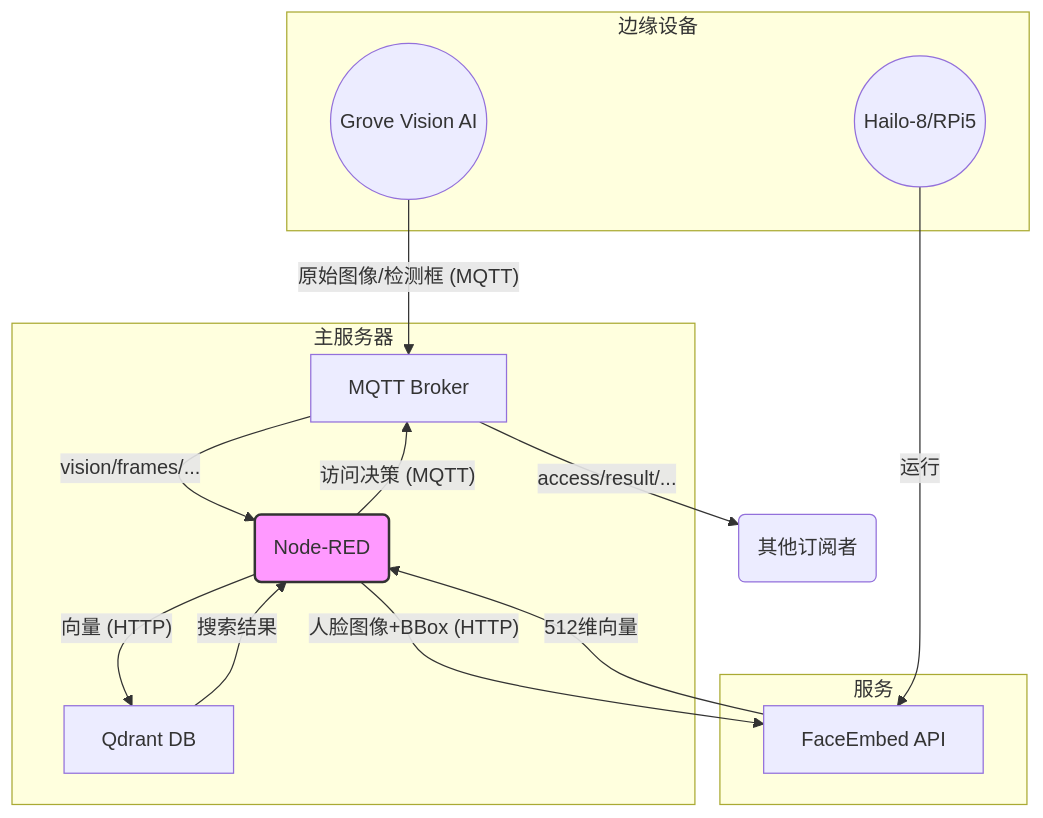
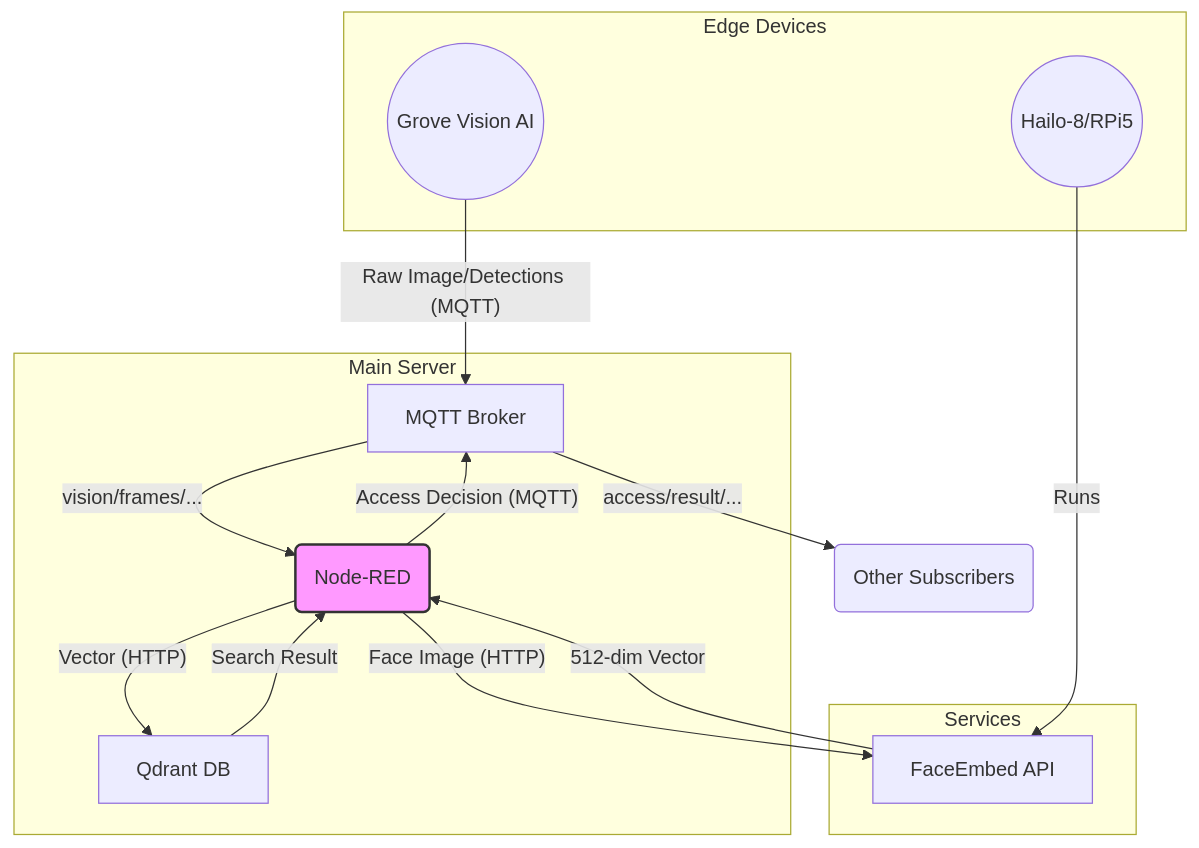
One commit to Seeed-Solution/AI_Presence_Control changed the diagram in docs/DATA_FLOW.md. Above: the diagram before and after it, drawn with Mermaid. The commit also changed other lines of this file and 13 other files, not shown here.

First line of the commit message:
Refactor documentation and scripts for Face Recognition Access Control System

````diff
--- a/docs/DATA_FLOW.md
+++ b/docs/DATA_FLOW.md
@@ -33,30 +33,30 @@
 ```mermaid
 graph TD
-    subgraph 主服务器
+    subgraph Main Server
         A[MQTT Broker]
         B(Node-RED)
         C[Qdrant DB]
     end
 
-    subgraph 边缘设备
+    subgraph Edge Devices
         G((Grove Vision AI))
         H((Hailo-8/RPi5))
     end
 
-    subgraph 服务
+    subgraph Services
         I[FaceEmbed API]
     end
 
-    G -- 原始图像/检测框 (MQTT) --> A
+    G -- Raw Image/Detections (MQTT) --> A
     A -- vision/frames/... --> B
-    B -- 人脸图像+BBox (HTTP) --> I
-    I -- 512维向量 --> B
-    B -- 向量 (HTTP) --> C
-    C -- 搜索结果 --> B
-    B -- 访问决策 (MQTT) --> A
-    A -- access/result/... --> Z(其他订阅者)
+    B -- Face Image (HTTP) --> I
+    I -- 512-dim Vector --> B
+    B -- Vector (HTTP) --> C
+    C -- Search Result --> B
+    B -- Access Decision (MQTT) --> A
+    A -- access/result/... --> Z(Other Subscribers)
 
-    H -- 运行 --> I
+    H -- Runs --> I
 
     style B fill:#f9f,stroke:#333,stroke-width:2px
 ```
````
